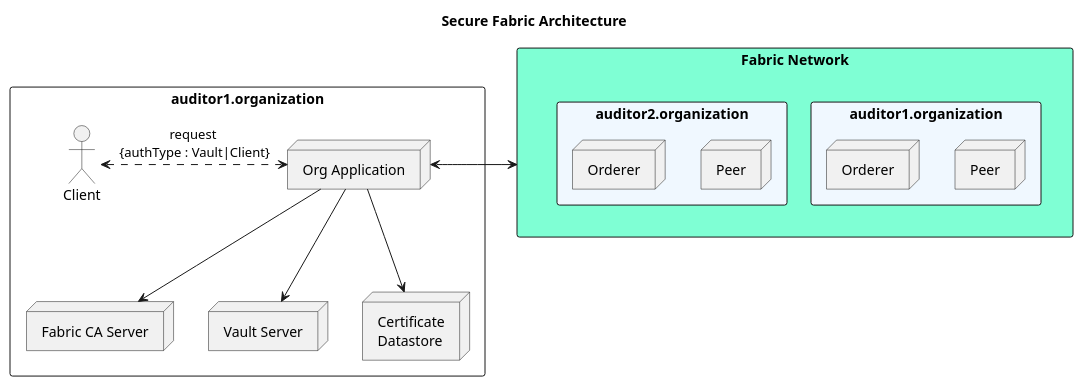
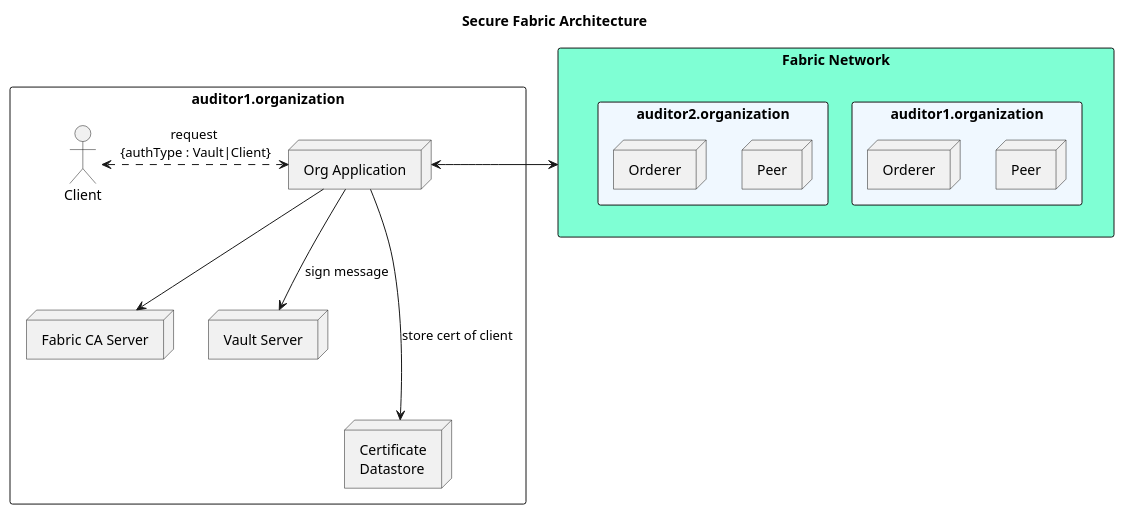
One commit to brioux/blockchain-carbon-accounting changed the diagram in secure-fabric/docs/secure-fabric.puml. Above: the diagram before and after it, drawn with PlantUML. The commit also changed 2 other files, not shown here.

```diff
--- a/secure-fabric/docs/secure-fabric.puml
+++ b/secure-fabric/docs/secure-fabric.puml
@@ -1,34 +1,34 @@
 @startuml
 title Secure Fabric Architecture
 skinparam componentStyle rectangle
 
 
 component "Fabric Network" as network #Aquamarine{
     component "auditor1.organization" as aud1 #AliceBlue{
         node "Peer" as aud1.peer
         node "Orderer" as aud1.orderer
     } 
 
     component "auditor2.organization" as aud2 #AliceBlue{
         node "Peer" as aud2.peer
         node "Orderer" as aud2.orderer
     } 
 
 }
 
 
 component "auditor1.organization" as auditor1{
     actor "Client" as client
     node "Org Application"  as app
     node "Fabric CA Server" as ca
     node "Vault Server" as vault
     node "Certificate\nDatastore" as certStore
     client <-[dashed]> app: request \n{authType : Vault|Client}
     app --> ca
-    app --> vault
-    app --> certStore
+    app --> vault: sign message
+    app ---> certStore: store cert of client
     app <-> network
 }
 
 
 @enduml
```
